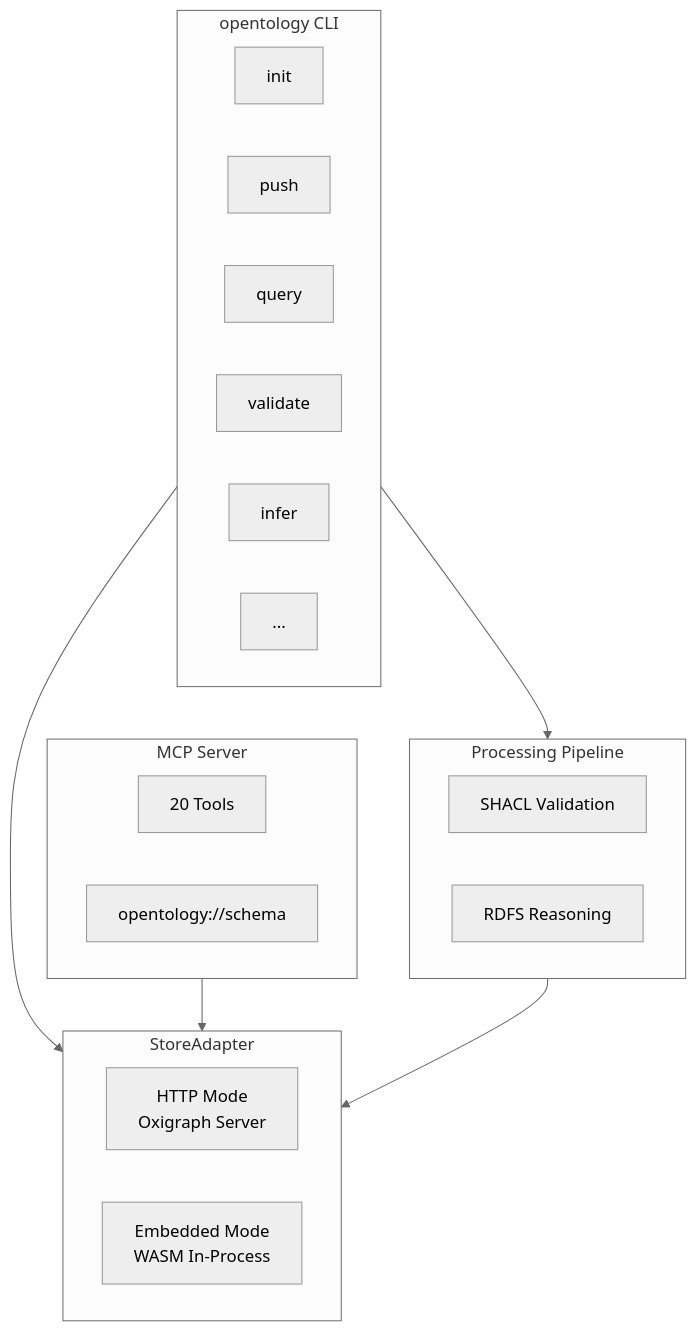
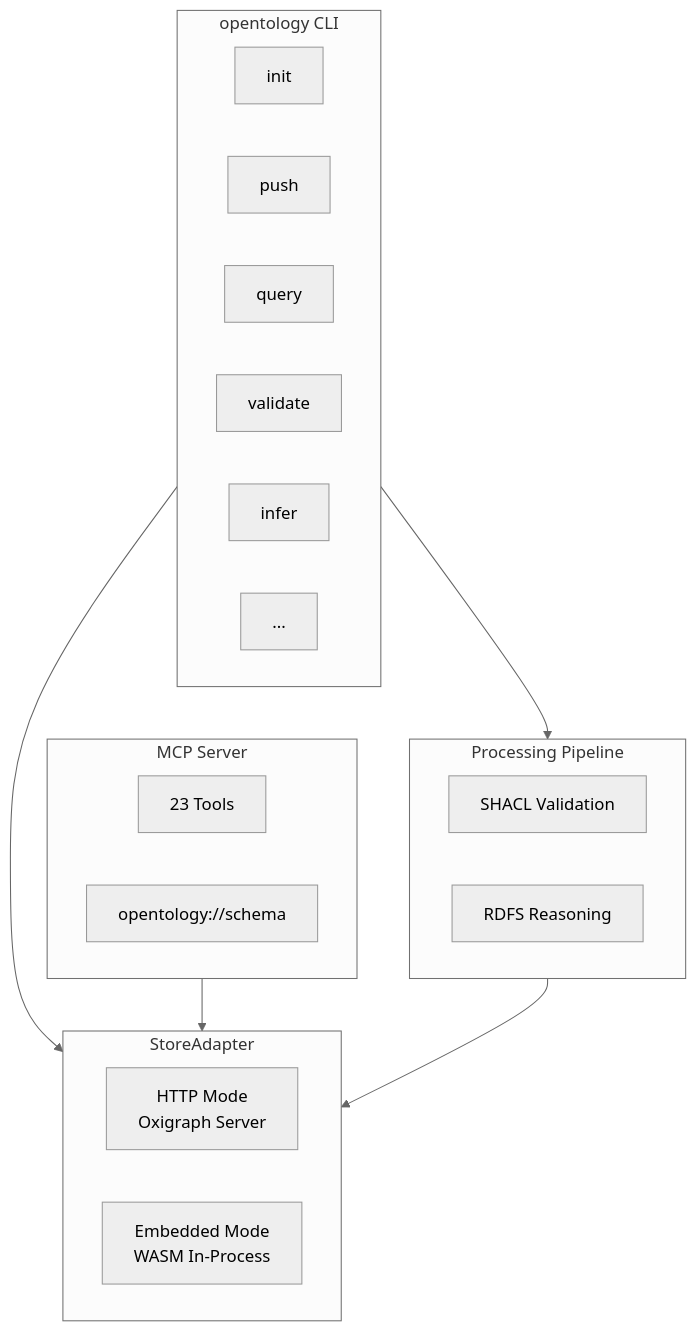
One commit to Younkyum/opentology changed the first of 6 diagrams in README.md. Above: the diagram before and after it, drawn with Mermaid (neutral theme). The commit also changed other lines of this file and 10 other files, not shown here.

First line of the commit message:
feat: v0.2.2 — auto-sync context graph, doctor command, CI/CD (#34)

````diff
--- a/README.md
+++ b/README.md
@@ -13,31 +13,31 @@
 ```mermaid
 graph TB
     subgraph CLI["opentology CLI"]
         Init[init]
         Push[push]
         Query[query]
         Validate[validate]
         Infer[infer]
         More[...]
     end
 
     subgraph MCP["MCP Server"]
-        Tools[20 Tools]
+        Tools[23 Tools]
         Resource["opentology://schema"]
     end
 
     subgraph Adapter["StoreAdapter"]
         HTTP["HTTP Mode\nOxigraph Server"]
         Embedded["Embedded Mode\nWASM In-Process"]
     end
 
     subgraph Pipeline["Processing Pipeline"]
         SHACL["SHACL Validation"]
         RDFS["RDFS Reasoning"]
     end
 
     CLI --> Adapter
     MCP --> Adapter
     CLI --> Pipeline
     Pipeline --> Adapter
 ```
````
